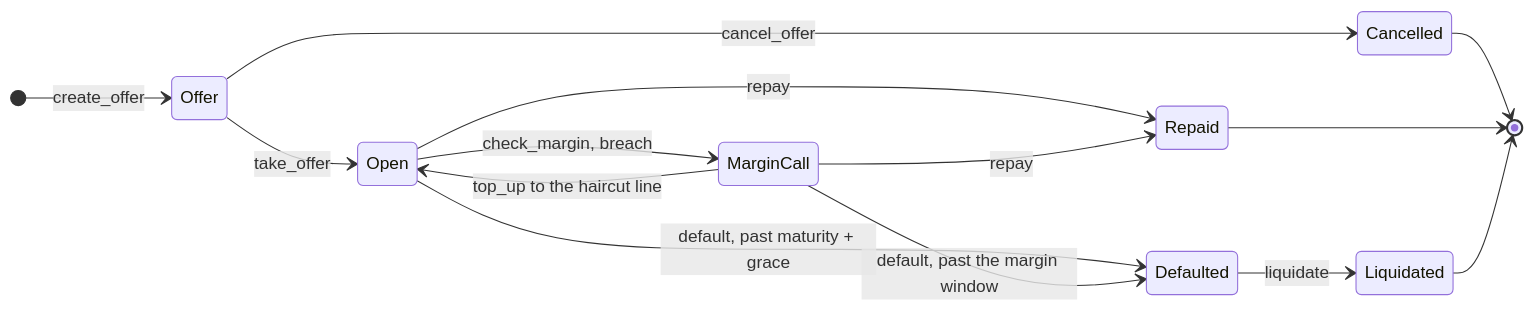
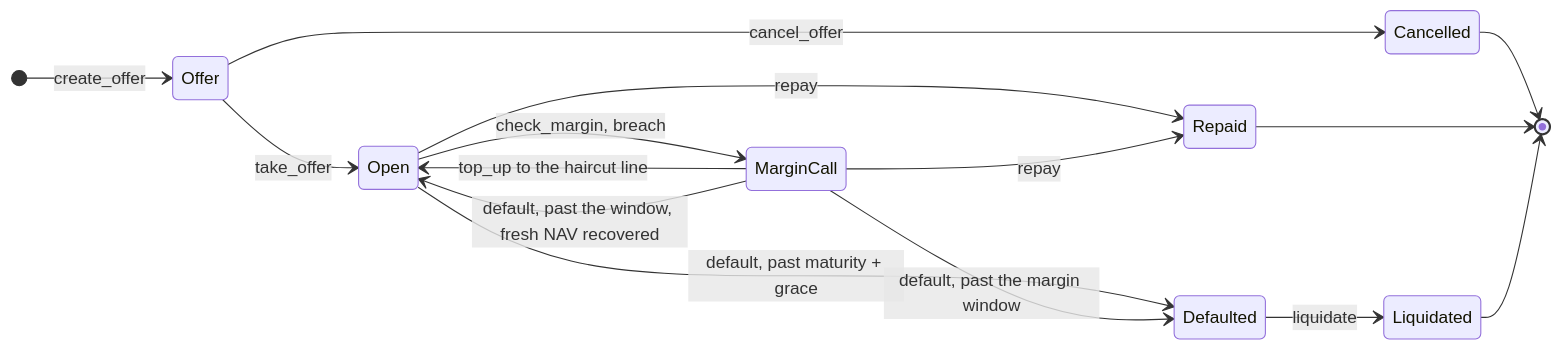
The second of 2 diagrams in README.md (rcusans-code/Caravel), drawn with Mermaid before and after one commit. The commit also changed other lines of this file and 18 other files, not shown here.

First line of the commit message:
Rule #20: default on a missed margin call clears it when a fresh NAV shows the loan back above the trigger

````diff
--- a/README.md
+++ b/README.md
@@ -95,17 +95,18 @@
 ```mermaid
 stateDiagram-v2
   direction LR
   [*] --> Offer: create_offer
   Offer --> Cancelled: cancel_offer
   Offer --> Open: take_offer
   Open --> MarginCall: check_margin, breach
   MarginCall --> Open: top_up to the haircut line
   Open --> Repaid: repay
   MarginCall --> Repaid: repay
   Open --> Defaulted: default, past maturity + grace
   MarginCall --> Defaulted: default, past the margin window
+  MarginCall --> Open: default, past the window, fresh NAV recovered
   Defaulted --> Liquidated: liquidate
   Cancelled --> [*]
   Repaid --> [*]
   Liquidated --> [*]
 ```
````
